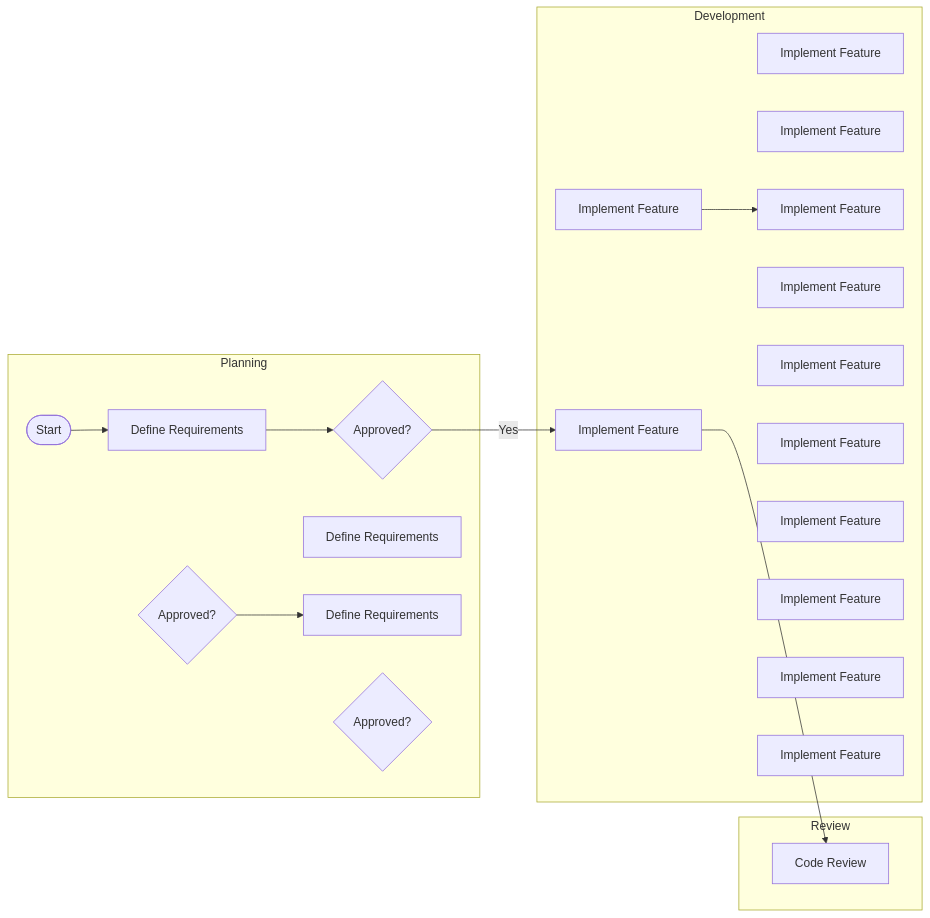
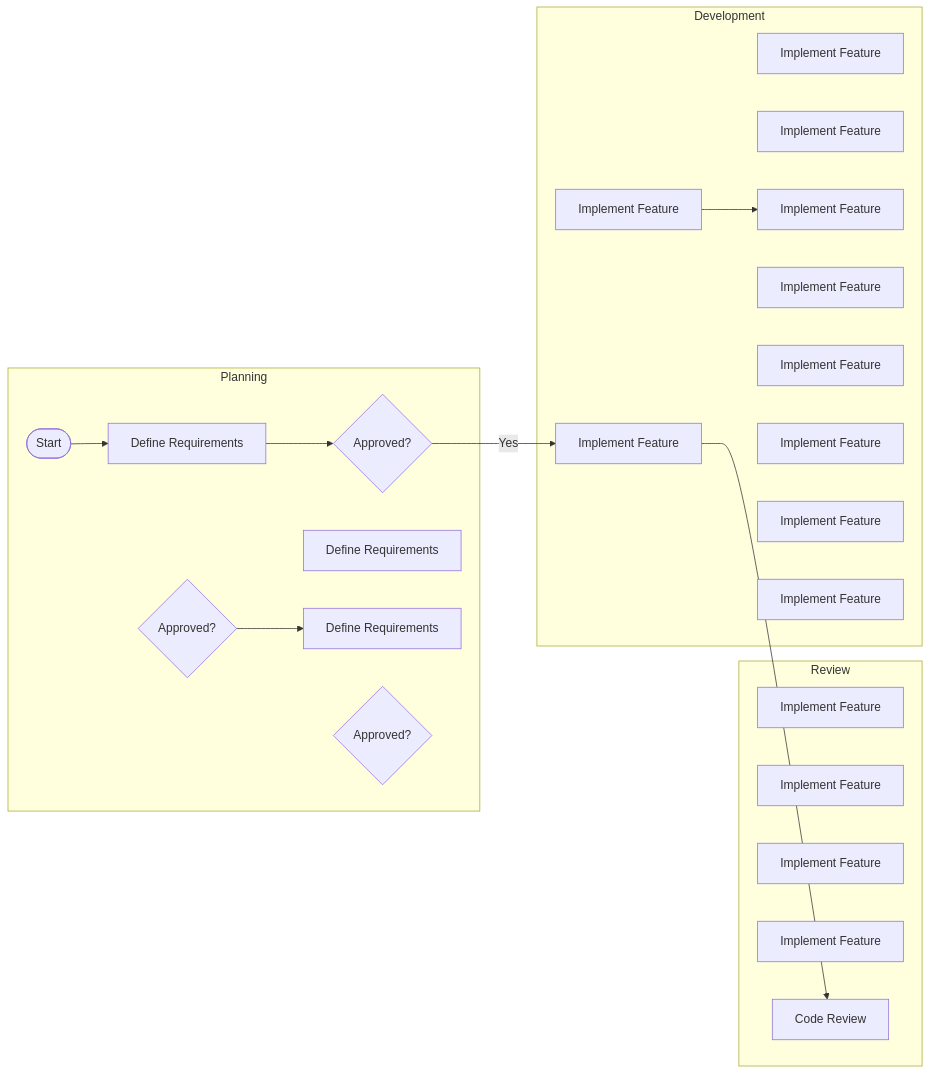
One commit to pingpm/mermaid_vault changed the diagram in notes/123_af5300cc-6d6d-4905-8888-06a9c48e023e.md. Above: the diagram before and after it, drawn with Mermaid. The commit also changed 6 other files, not shown here.

Commit message:
Sync Mermaid Studio data (27 diagrams)

````diff
--- a/notes/123_af5300cc-6d6d-4905-8888-06a9c48e023e.md
+++ b/notes/123_af5300cc-6d6d-4905-8888-06a9c48e023e.md
@@ -3,36 +3,38 @@
 ```mermaid
 flowchart LR
   subgraph lane_0["Planning"]
     t_0{"Approved?"}
     t_1(["Start"])
     t_2["Define Requirements"]
     t_3{"Approved?"}
     t_4["Define Requirements"]
     t_5["Define Requirements"]
     t_6{"Approved?"}
   end
   subgraph lane_1["Development"]
     t_7["Implement Feature"]
     t_8["Implement Feature"]
     t_9["Implement Feature"]
     t_10["Implement Feature"]
     t_11["Implement Feature"]
     t_12["Implement Feature"]
     t_13["Implement Feature"]
     t_14["Implement Feature"]
     t_15["Implement Feature"]
     t_16["Implement Feature"]
+  end
+  subgraph lane_2["Review"]
     t_17["Implement Feature"]
     t_18["Implement Feature"]
-  end
-  subgraph lane_2["Review"]
-    t_19["Code Review"]
+    t_19["Implement Feature"]
+    t_20["Implement Feature"]
+    t_21["Code Review"]
   end
   t_1 --> t_2
   t_2 --> t_0
   t_0 -->|"Yes"| t_7
-  t_7 --> t_19
+  t_7 --> t_21
   t_3 --> t_5
   t_9 --> t_11
 
 ```
````
